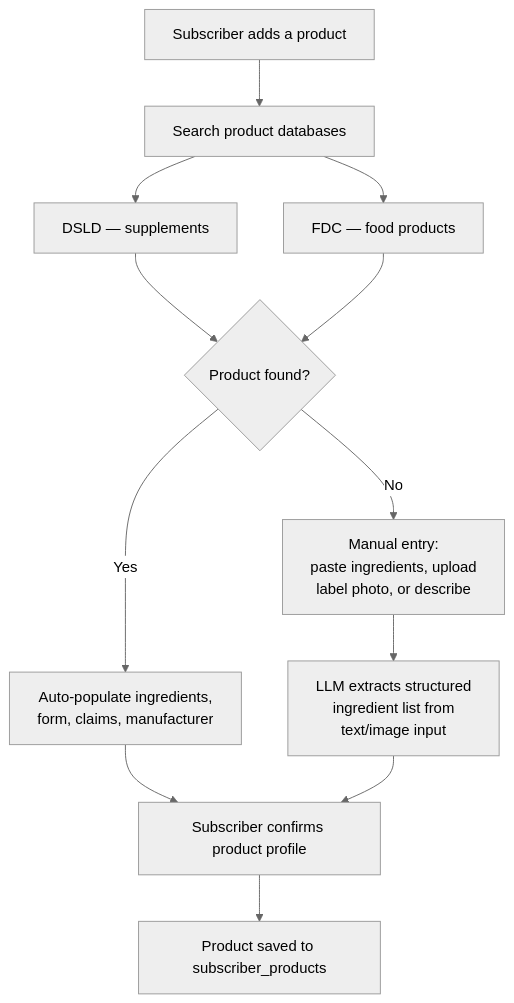
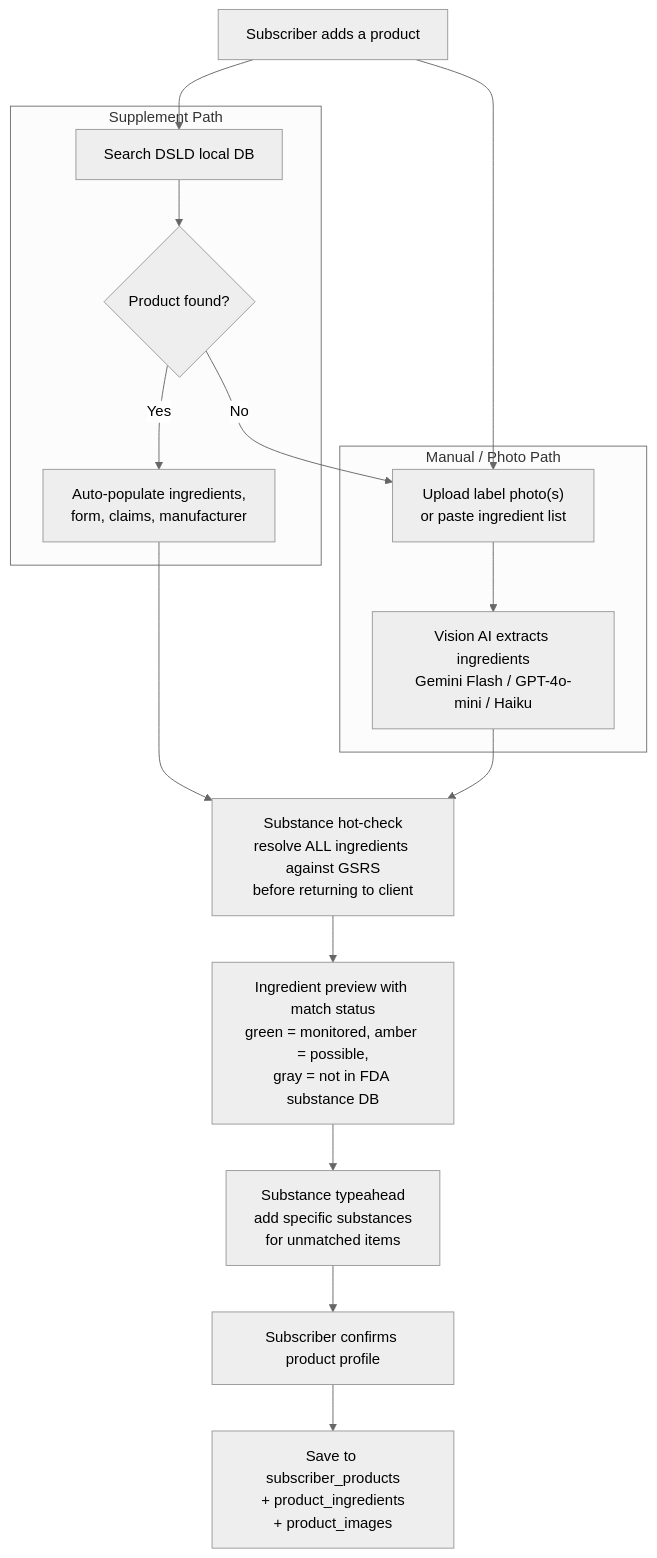
Before and after one commit to Gr0x01/policycanary: the fourth of 4 diagrams in memory-bank/architecture/llm-data-flow.md, drawn with Mermaid (neutral theme). The commit also changed other lines of this file and 23 other files, not shown here.

First line of the commit message:
feat: onboarding flow + manufacturer fields + route group architecture

````diff
--- a/memory-bank/architecture/llm-data-flow.md
+++ b/memory-bank/architecture/llm-data-flow.md
@@ -255,22 +241,27 @@
 ```mermaid
 flowchart TB
     START["Subscriber adds a product"]
 
-    SEARCH["Search product databases"]
-    DSLD["DSLD — supplements"]
-    FDC["FDC — food products"]
+    subgraph DSLD_PATH["Supplement Path"]
+        SEARCH["Search DSLD local DB"]
+        FOUND{"Product found?"}
+        AUTO["Auto-populate ingredients,<br/>form, claims, manufacturer"]
+    end
 
-    FOUND{"Product found?"}
-    AUTO["Auto-populate ingredients,<br/>form, claims, manufacturer"]
-    MANUAL["Manual entry:<br/>paste ingredients, upload<br/>label photo, or describe"]
-    LLM["LLM extracts structured<br/>ingredient list from<br/>text/image input"]
+    subgraph MANUAL_PATH["Manual / Photo Path"]
+        UPLOAD["Upload label photo(s)<br/>or paste ingredient list"]
+        VISION["Vision AI extracts ingredients<br/>Gemini Flash / GPT-4o-mini / Haiku"]
+    end
 
+    HOTCHECK["Substance hot-check<br/>resolve ALL ingredients against GSRS<br/>before returning to client"]
+    PREVIEW["Ingredient preview with match status<br/>green = monitored, amber = possible,<br/>gray = not in FDA substance DB"]
+    AUTOCOMPLETE["Substance typeahead<br/>add specific substances<br/>for unmatched items"]
     CONFIRM["Subscriber confirms product profile"]
-    SAVE["Product saved to subscriber_products"]
+    SAVE["Save to subscriber_products<br/>+ product_ingredients<br/>+ product_images"]
 
-    START --> SEARCH --> DSLD & FDC
-    DSLD & FDC --> FOUND
-    FOUND -->|Yes| AUTO --> CONFIRM
-    FOUND -->|No| MANUAL --> LLM --> CONFIRM
-    CONFIRM --> SAVE
+    START --> SEARCH --> FOUND
+    FOUND -->|Yes| AUTO --> HOTCHECK
+    FOUND -->|No| UPLOAD --> VISION --> HOTCHECK
+    START --> UPLOAD
+    HOTCHECK --> PREVIEW --> AUTOCOMPLETE --> CONFIRM --> SAVE
 ```
````
